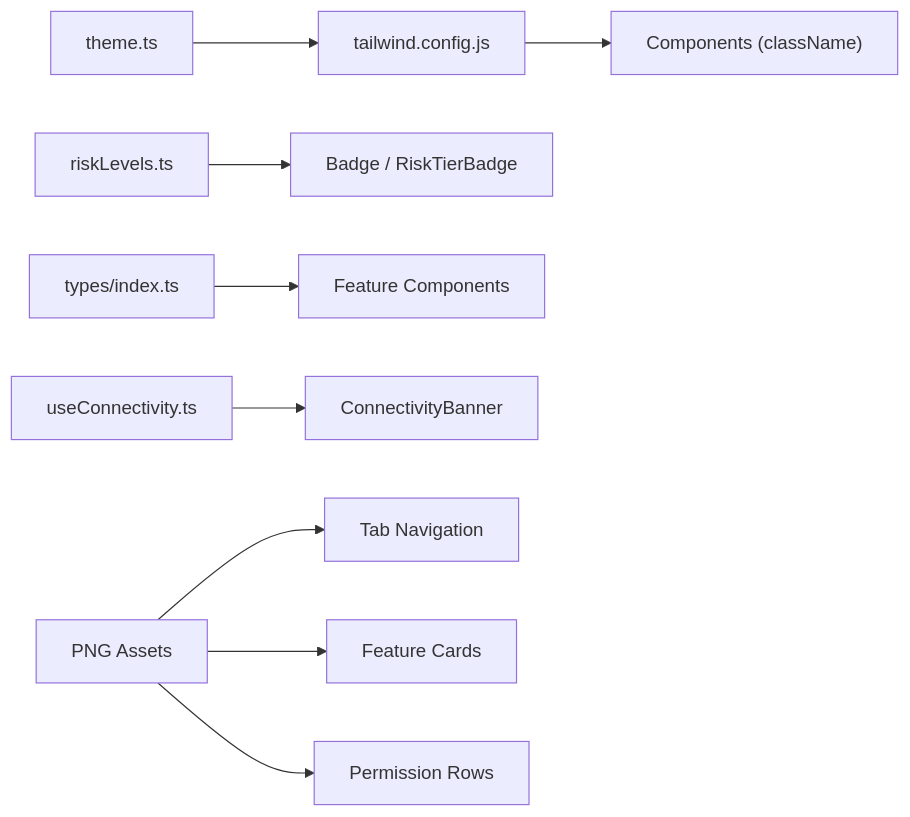
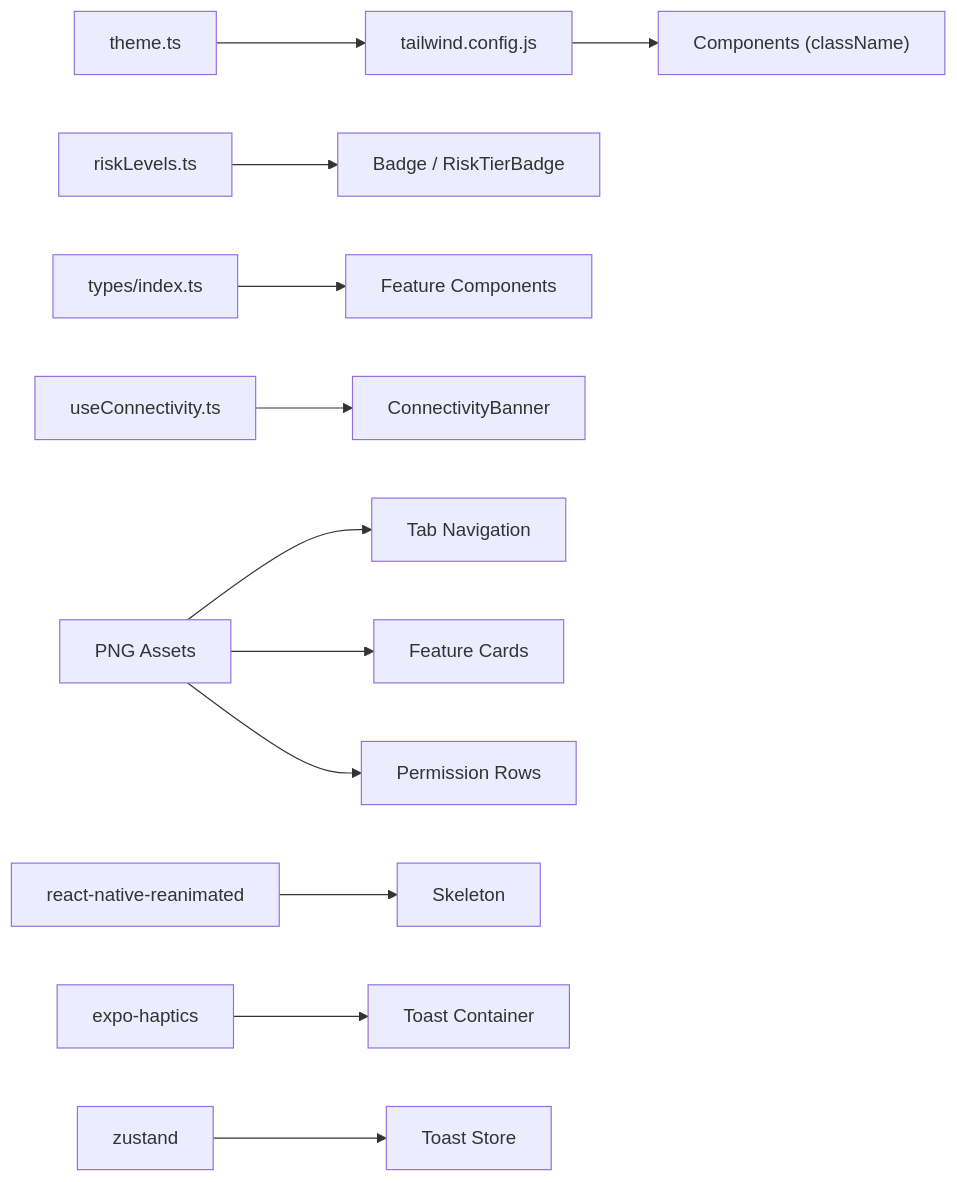
One commit to AdeelTahir-SE/DermSight changed diagram 12 of 12 in .qoder/repowiki/en/content/UI Components Library/UI Components Library.md. Above: the diagram before and after it, drawn with Mermaid. The commit also changed other lines of this file and 43 other files, not shown here.

````diff
--- a/.qoder/repowiki/en/content/UI Components Library/UI Components Library.md
+++ b/.qoder/repowiki/en/content/UI Components Library/UI Components Library.md
@@ -479,11 +585,14 @@
 ```mermaid
 graph LR
 TW["tailwind.config.js"] --> CN["Components (className)"]
 TH["theme.ts"] --> TW
 RL["riskLevels.ts"] --> BADGE["Badge / RiskTierBadge"]
 TYP["types/index.ts"] --> FEAT["Feature Components"]
 UC["useConnectivity.ts"] --> CB["ConnectivityBanner"]
 ICON["PNG Assets"] --> TAB["Tab Navigation"]
 ICON --> FEATURE["Feature Cards"]
 ICON --> PERMISSION["Permission Rows"]
+REANIM["react-native-reanimated"] --> SK["Skeleton"]
+HAPTICS["expo-haptics"] --> TC["Toast Container"]
+ZUSTAND["zustand"] --> TS["Toast Store"]
 ```
````
